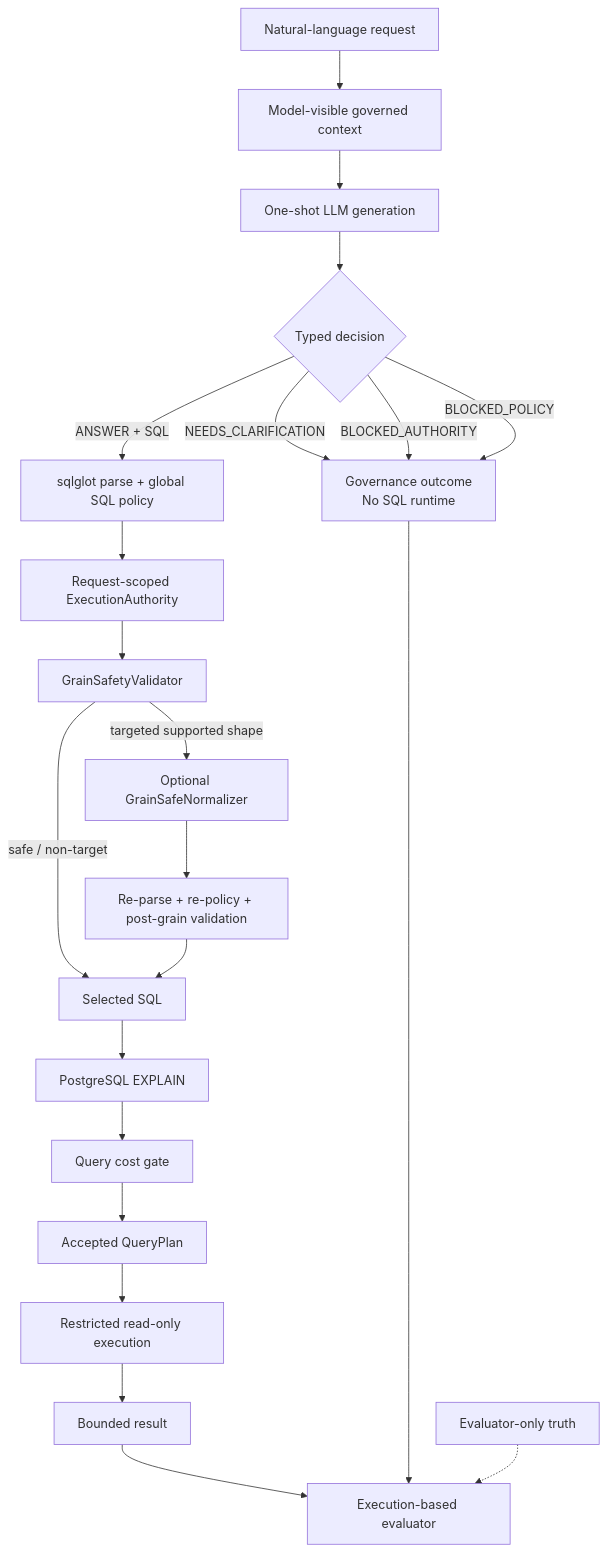
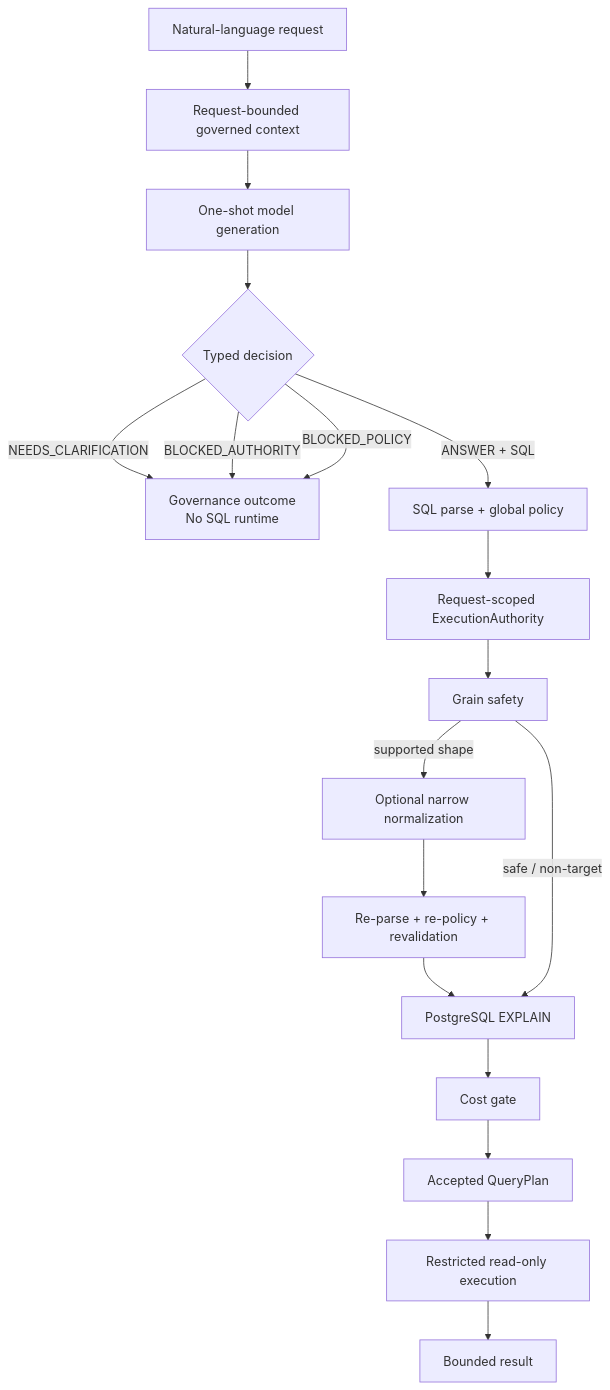
One commit to negativexq/decision-sql changed the diagram in README.md. Above: the diagram before and after it, drawn with Mermaid. The commit also changed other lines of this file, not shown here.

````diff
--- a/README.md
+++ b/README.md
@@ -62,29 +31,27 @@
 ```mermaid
 flowchart TD
     Q["Natural-language request"]
-    C["Model-visible governed context"]
-    L["One-shot LLM generation"]
+    C["Request-bounded governed context"]
+    L["One-shot model generation"]
     D{"Typed decision"}
+    G["Governance outcome<br/>No SQL runtime"]
+    P["SQL parse + global policy"]
+    A["Request-scoped ExecutionAuthority"]
+    GS["Grain safety"]
+    N["Optional narrow normalization"]
+    V["Re-parse + re-policy + revalidation"]
+    E["PostgreSQL EXPLAIN"]
+    CG["Cost gate"]
+    QP["Accepted QueryPlan"]
+    RO["Restricted read-only execution"]
+    R["Bounded result"]
 
     Q --> C --> L --> D
-
-    D -->|NEEDS_CLARIFICATION| G["Governance outcome<br/>No SQL runtime"]
+    D -->|NEEDS_CLARIFICATION| G
     D -->|BLOCKED_AUTHORITY| G
     D -->|BLOCKED_POLICY| G
-
-    D -->|ANSWER + SQL| P["sqlglot parse + global SQL policy"]
-    P --> A["Request-scoped ExecutionAuthority"]
-    A --> GS["GrainSafetyValidator"]
-    GS -->|targeted supported shape| N["Optional GrainSafeNormalizer"]
-    N --> RP["Re-parse + re-policy + post-grain validation"]
-    GS -->|safe / non-target| S["Selected SQL"]
-    RP --> S
-    S --> E["PostgreSQL EXPLAIN"]
-    E --> CG["Query cost gate"]
-    CG --> QP["Accepted QueryPlan"]
-    QP --> RO["Restricted read-only execution"]
-    RO --> R["Bounded result"]
-    R --> EV["Execution-based evaluator"]
-    G --> EV
-    T["Evaluator-only truth"] -.-> EV
+    D -->|ANSWER + SQL| P --> A --> GS
+    GS -->|supported shape| N --> V --> E
+    GS -->|safe / non-target| E
+    E --> CG --> QP --> RO --> R
 ```
````
